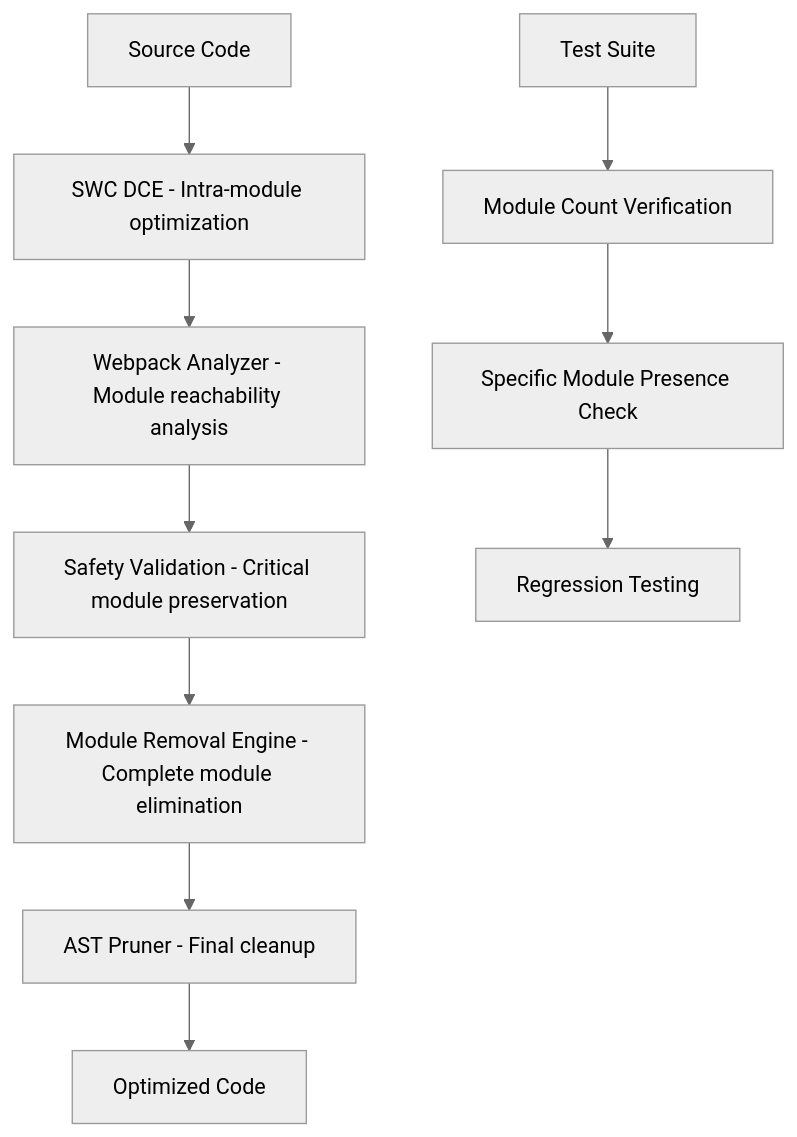
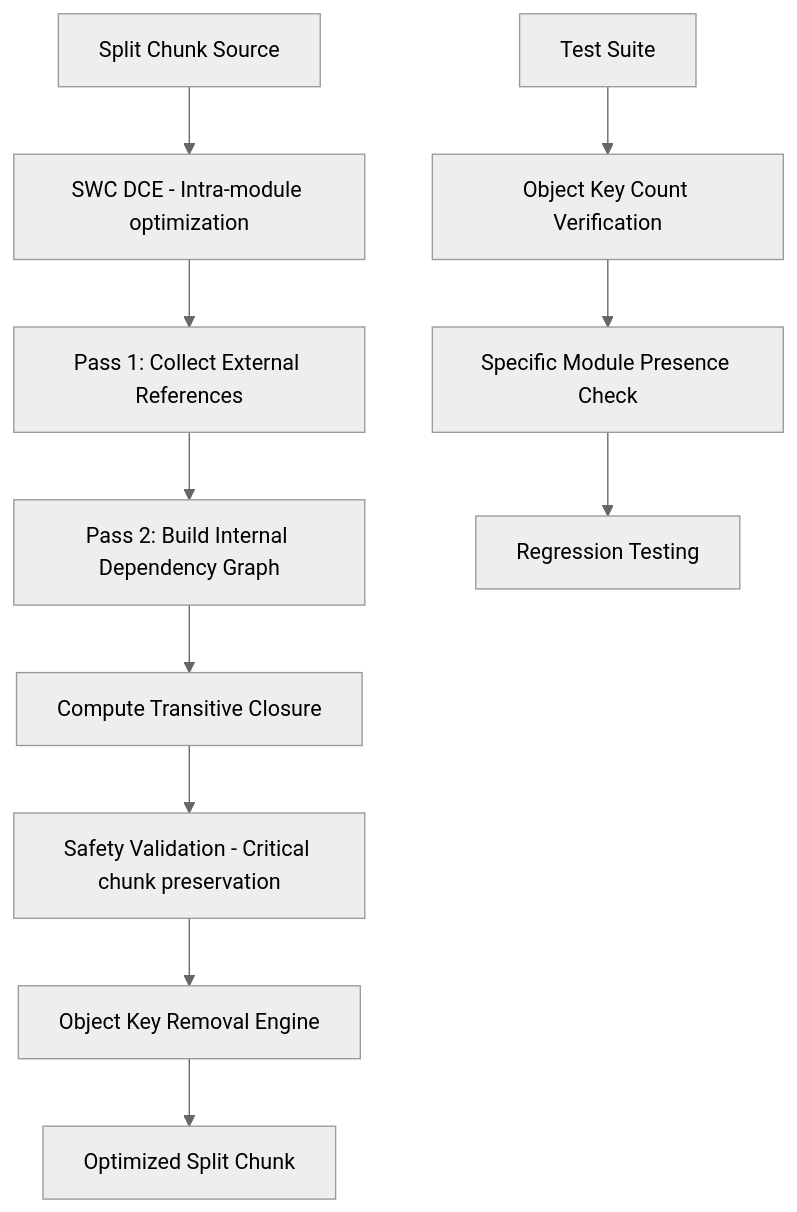
One commit to ScriptedAlchemy/swc_macro_sys changed the diagram in .trae/documents/WASM_Tree_Shaking_Module_Removal_PRD.md. Above: the diagram before and after it, drawn with Mermaid (neutral theme). The commit also changed other lines of this file and 33 other files, not shown here.

First line of the commit message:
refactor(webpack-analyzer): enhance configuration-driven optimization

````diff
--- a/.trae/documents/WASM_Tree_Shaking_Module_Removal_PRD.md
+++ b/.trae/documents/WASM_Tree_Shaking_Module_Removal_PRD.md
@@ -44,13 +118,14 @@
 ```mermaid
 graph TD
-    A[Source Code] --> B[SWC DCE - Intra-module optimization]
-    B --> C[Webpack Analyzer - Module reachability analysis]
-    C --> D[Safety Validation - Critical module preservation]
-    D --> E[Module Removal Engine - Complete module elimination]
-    E --> F[AST Pruner - Final cleanup]
-    F --> G[Optimized Code]
+    A[Split Chunk Source] --> B[SWC DCE - Intra-module optimization]
+    B --> C[Pass 1: Collect External References]
+    C --> D[Pass 2: Build Internal Dependency Graph]
+    D --> E[Compute Transitive Closure]
+    E --> F[Safety Validation - Critical chunk preservation]
+    F --> G[Object Key Removal Engine]
+    G --> H[Optimized Split Chunk]
     
-    H[Test Suite] --> I[Module Count Verification]
-    I --> J[Specific Module Presence Check]
-    J --> K[Regression Testing]
+    I[Test Suite] --> J[Object Key Count Verification]
+    J --> K[Specific Module Presence Check]
+    K --> L[Regression Testing]
 ```
````
